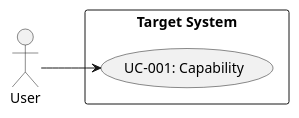
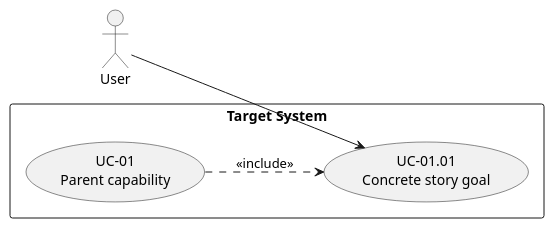
Before and after one commit to Fskqp/SSC_SDD_Skills: the first of 2 diagrams in skills/semantic-spec-compilation/references/artifact-templates.md, drawn with PlantUML. The commit also changed other lines of this file and 3 other files, not shown here.

Commit message:
Require concrete use case per user story

````diff
--- a/skills/semantic-spec-compilation/references/artifact-templates.md
+++ b/skills/semantic-spec-compilation/references/artifact-templates.md
@@ -44,10 +44,12 @@
 ```plantuml
 @startuml
 left to right direction
 actor "User" as User
 rectangle "Target System" {
-  usecase "UC-001: Capability" as UC001
+  usecase "UC-01\nParent capability" as UC01
+  usecase "UC-01.01\nConcrete story goal" as UC0101
 }
-User --> UC001
+User --> UC0101
+UC01 ..> UC0101 : <<include>>
 @enduml
 ```
````
